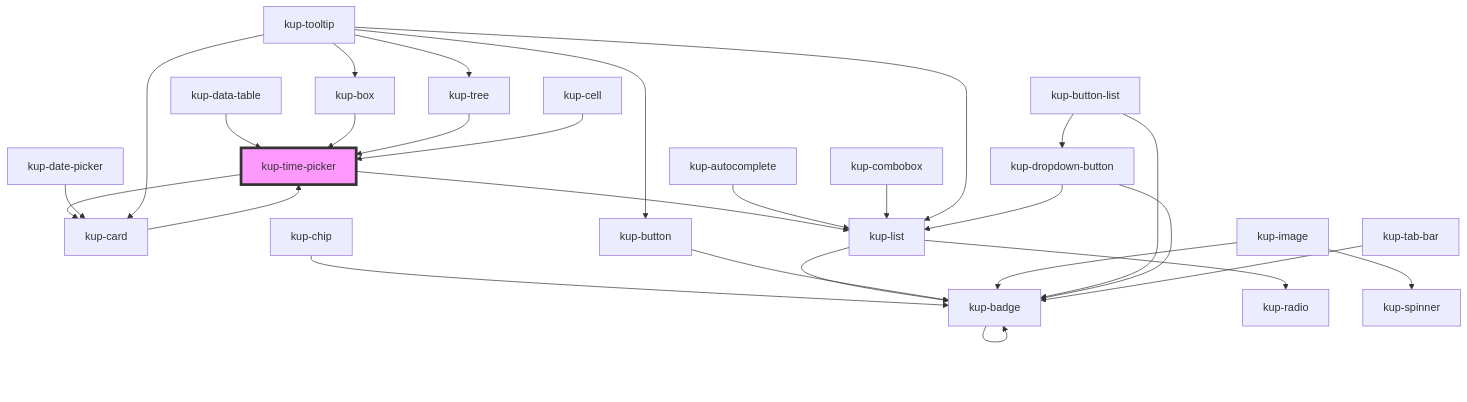
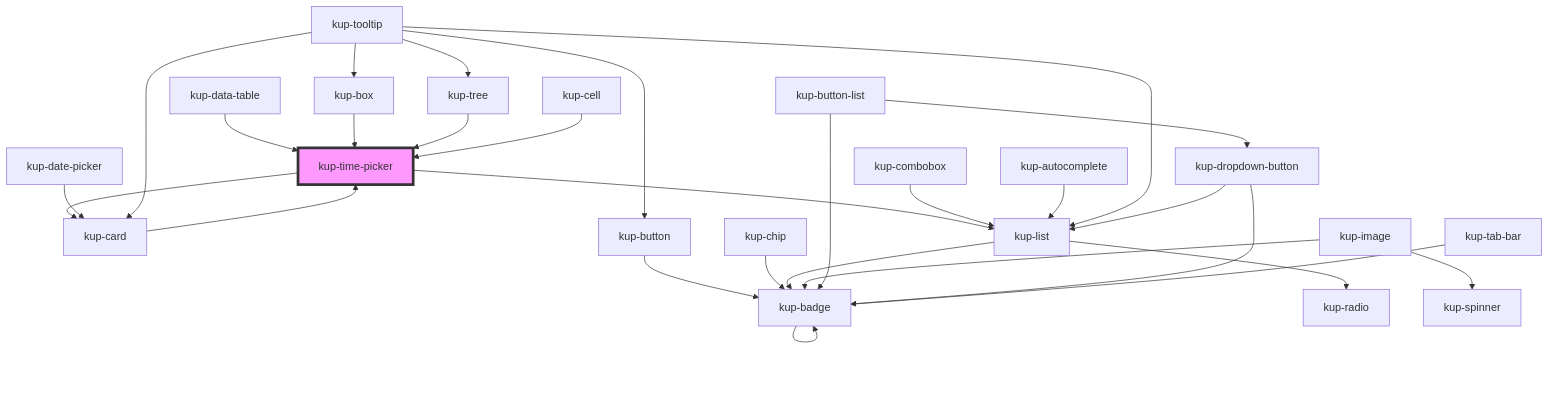
The diagram in packages/ketchup/src/components/kup-time-picker/readme.md (smeup/ketchup), drawn with Mermaid before and after one commit. The commit also changed other lines of this file and 16 other files, not shown here.

````diff
--- a/packages/ketchup/src/components/kup-time-picker/readme.md
+++ b/packages/ketchup/src/components/kup-time-picker/readme.md
@@ -113,31 +113,31 @@
 ```mermaid
 graph TD;
   kup-time-picker --> kup-card
   kup-time-picker --> kup-list
   kup-card --> kup-time-picker
   kup-badge --> kup-badge
+  kup-button --> kup-badge
   kup-chip --> kup-badge
-  kup-autocomplete --> kup-list
   kup-list --> kup-radio
   kup-list --> kup-badge
-  kup-button --> kup-badge
   kup-combobox --> kup-list
+  kup-autocomplete --> kup-list
   kup-date-picker --> kup-card
   kup-data-table --> kup-time-picker
   kup-tooltip --> kup-button
   kup-tooltip --> kup-card
   kup-tooltip --> kup-box
   kup-tooltip --> kup-list
   kup-tooltip --> kup-tree
   kup-box --> kup-time-picker
   kup-image --> kup-spinner
   kup-image --> kup-badge
   kup-button-list --> kup-dropdown-button
   kup-button-list --> kup-badge
   kup-dropdown-button --> kup-list
   kup-dropdown-button --> kup-badge
   kup-tree --> kup-time-picker
   kup-tab-bar --> kup-badge
   kup-cell --> kup-time-picker
   style kup-time-picker fill:#f9f,stroke:#333,stroke-width:4px
 ```
````
